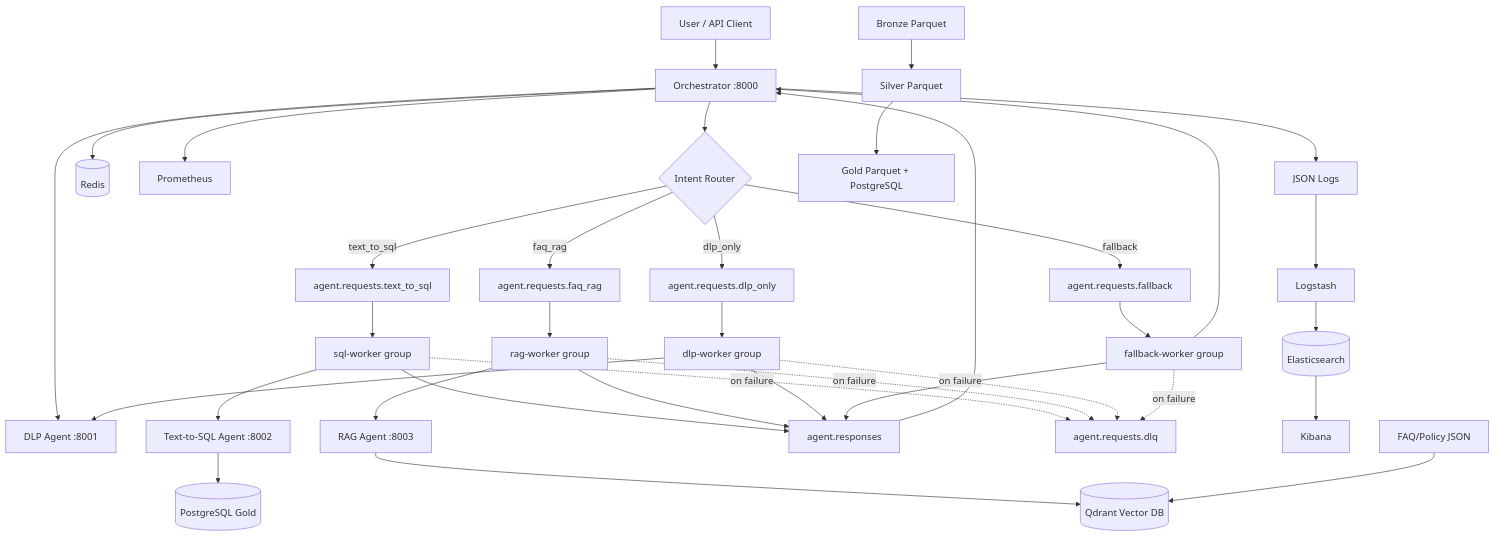
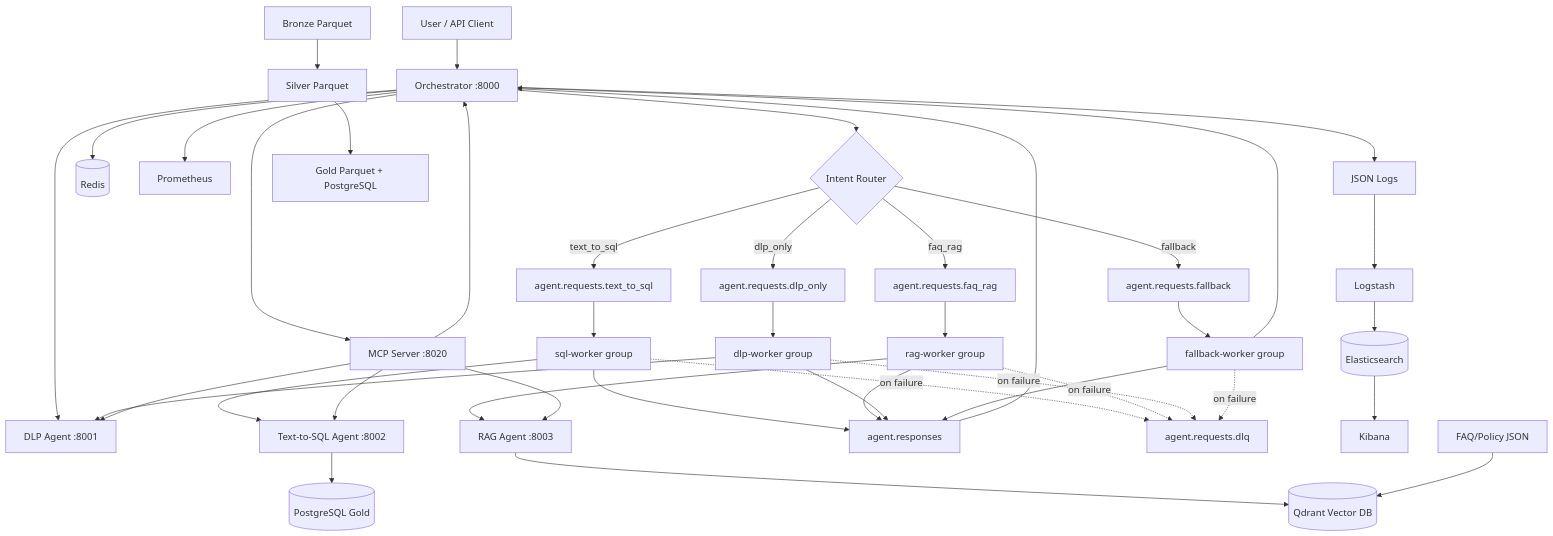
The first of 2 diagrams in docs/ARCHITECTURE.md (KranthiYadavE/Financial_MultiAgent), drawn with Mermaid before and after one commit. The commit also changed other lines of this file and 37 other files, not shown here.

First line of the commit message:
Add MCP server, cloud deployment, and expanded K8s manifests.

````diff
--- a/docs/ARCHITECTURE.md
+++ b/docs/ARCHITECTURE.md
@@ -5,36 +5,41 @@
 ```mermaid
 flowchart TB
     User[User / API Client] --> Orch[Orchestrator :8000]
     Orch --> DLP[DLP Agent :8001]
     Orch --> Router{Intent Router}
     Orch --> Redis[(Redis)]
     Router -->|text_to_sql| T1[agent.requests.text_to_sql]
     Router -->|faq_rag| T2[agent.requests.faq_rag]
     Router -->|dlp_only| T3[agent.requests.dlp_only]
     Router -->|fallback| T4[agent.requests.fallback]
 
     T1 --> SW[sql-worker group]
     T2 --> RW[rag-worker group]
     T3 --> DW[dlp-worker group]
     T4 --> FW[fallback-worker group]
 
     SW --> SQL[Text-to-SQL Agent :8002]
     RW --> RAG[RAG Agent :8003]
     DW --> DLP
     FW --> Orch
 
     SW & RW & DW & FW --> TR[agent.responses]
     TR --> Orch
     SW & RW & DW & FW -.->|on failure| DLQ[agent.requests.dlq]
 
     SQL --> PG[(PostgreSQL Gold)]
     RAG --> QD[(Qdrant Vector DB)]
 
     Orch --> Prom[Prometheus]
+    Orch --> MCP[MCP Server :8020]
+    MCP --> Orch
+    MCP --> SQL
+    MCP --> RAG
+    MCP --> DLP
     Orch --> Logs[JSON Logs]
     Logs --> LS[Logstash] --> ES[(Elasticsearch)] --> Kib[Kibana]
 
     Bronze[Bronze Parquet] --> Silver[Silver Parquet]
     Silver --> Gold[Gold Parquet + PostgreSQL]
     Docs[FAQ/Policy JSON] --> QD
 ```
````
